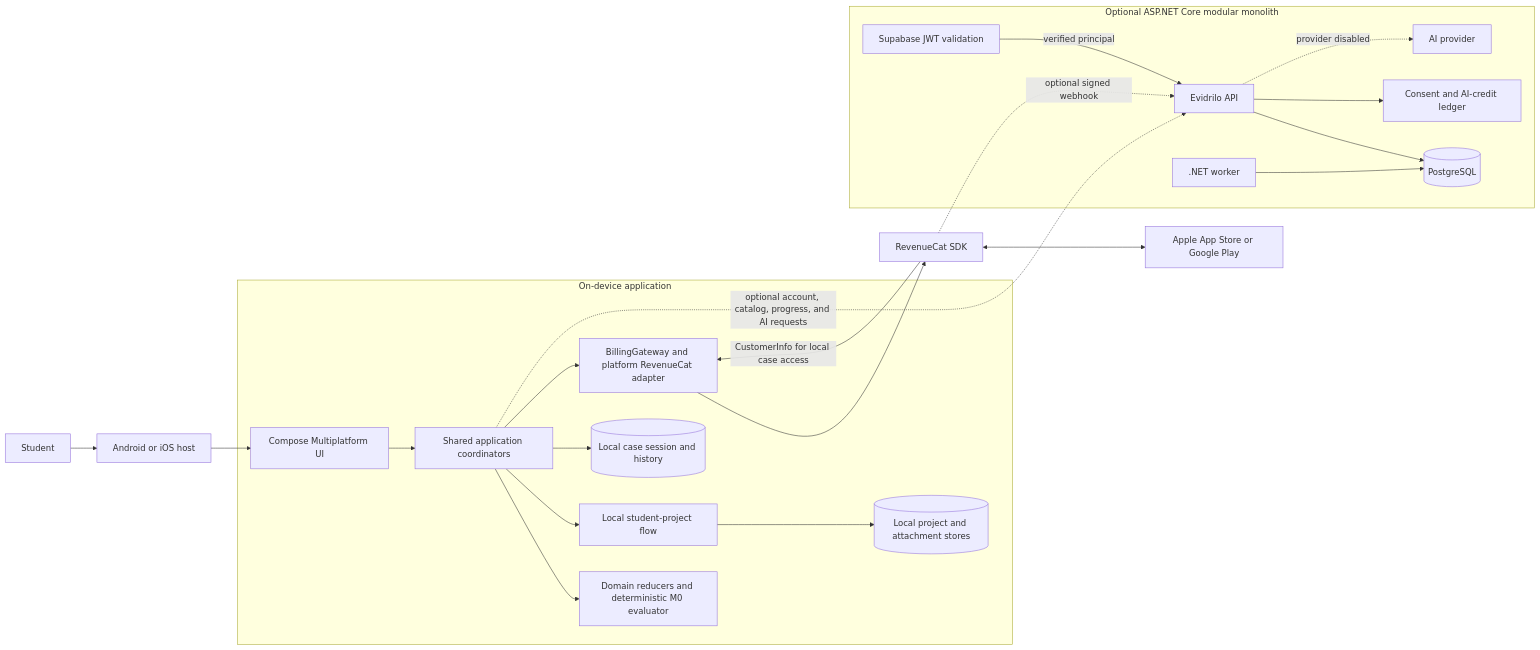
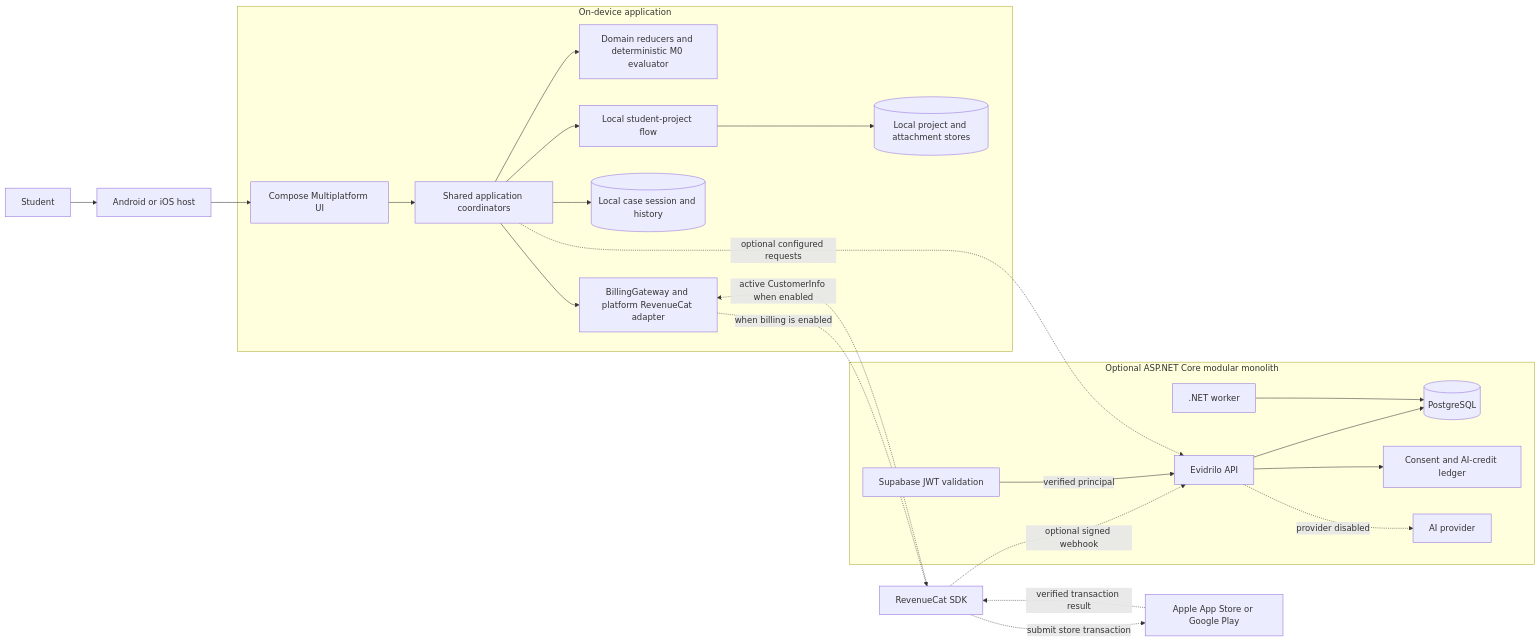
Before and after one commit to AndroLay/evidrilo: the first of 21 diagrams in docs/architecture/system-execution-flows.md, drawn with Mermaid. The commit also changed other lines of this file and 188 other files, not shown here.

````diff
--- a/docs/architecture/system-execution-flows.md
+++ b/docs/architecture/system-execution-flows.md
@@ -27,30 +29,31 @@
 ```mermaid
 flowchart LR
     Learner[Student] --> Host[Android or iOS host]
     Host --> Compose[Compose Multiplatform UI]
 
     subgraph Device[On-device application]
         Compose --> App[Shared application coordinators]
         App --> Domain[Domain reducers and deterministic M0 evaluator]
         App --> ProjectFlow[Local student-project flow]
         ProjectFlow --> ProjectStore[(Local project and attachment stores)]
         App --> CaseStore[(Local case session and history)]
         App --> Billing[BillingGateway and platform RevenueCat adapter]
     end
 
-    Billing --> RC[RevenueCat SDK]
-    RC <--> Stores[Apple App Store or Google Play]
+    Billing -. when billing is enabled .-> RC[RevenueCat SDK]
+    RC -. submit store transaction .-> Stores[Apple App Store or Google Play]
+    Stores -. verified transaction result .-> RC
     RC -. optional signed webhook .-> Api
-    RC -->|CustomerInfo for local case access| Billing
+    RC -. active CustomerInfo when enabled .-> Billing
 
     subgraph Platform[Optional ASP.NET Core modular monolith]
         Api[Evidrilo API]
         Api --> Pg[(PostgreSQL)]
         Worker[.NET worker] --> Pg
         Auth[Supabase JWT validation] -->|verified principal| Api
         Api --> Credits[Consent and AI-credit ledger]
         Api -. provider disabled .-> AiProvider[AI provider]
     end
 
-    App -. optional account, catalog, progress, and AI requests .-> Api
+    App -. optional configured requests .-> Api
 ```
````
